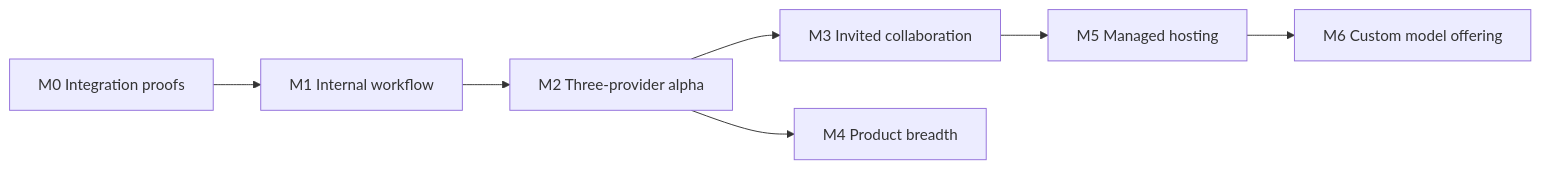
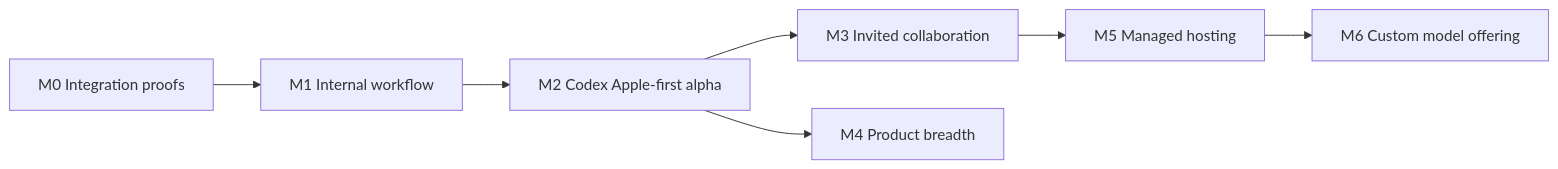
Before and after one commit to DigitalMeld/agentmeld: the diagram in docs/specs/roadmap.md, drawn with Mermaid. The commit also changed other lines of this file and 34 other files, not shown here.

Commit message:
Qualify Codex command isolation and reconcile alpha scope

````diff
--- a/docs/specs/roadmap.md
+++ b/docs/specs/roadmap.md
@@ -113,9 +124,9 @@
 ```mermaid
 flowchart LR
     M0[M0 Integration proofs] --> M1[M1 Internal workflow]
-    M1 --> M2[M2 Three-provider alpha]
+    M1 --> M2[M2 Codex Apple-first alpha]
     M2 --> M3[M3 Invited collaboration]
     M2 --> M4[M4 Product breadth]
     M3 --> M5[M5 Managed hosting]
     M5 --> M6[M6 Custom model offering]
 ```
````
